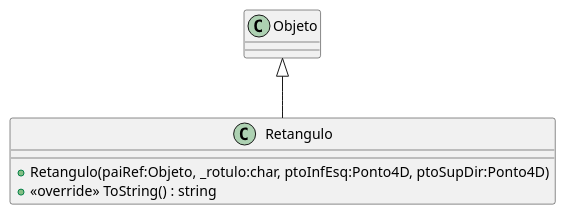
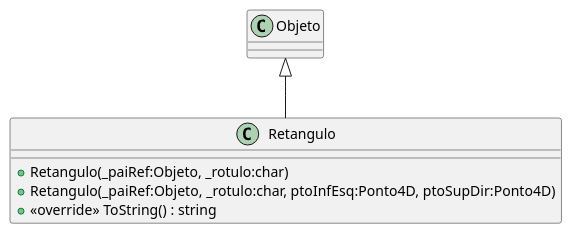
Before and after one commit to dalton-reis/CG_2024_1: the diagram in Unidade2/CG_N2_Exemplo/plantuml/Retangulo.puml, drawn with PlantUML. The commit also changed 42 other files, not shown here.

```diff
--- a/Unidade2/CG_N2_Exemplo/plantuml/Retangulo.puml
+++ b/Unidade2/CG_N2_Exemplo/plantuml/Retangulo.puml
@@ -1,7 +1,8 @@
 @startuml
 class Retangulo {
-    + Retangulo(paiRef:Objeto, _rotulo:char, ptoInfEsq:Ponto4D, ptoSupDir:Ponto4D)
+    + Retangulo(_paiRef:Objeto, _rotulo:char)
+    + Retangulo(_paiRef:Objeto, _rotulo:char, ptoInfEsq:Ponto4D, ptoSupDir:Ponto4D)
     + <<override>> ToString() : string
 }
 Objeto <|-- Retangulo
 @enduml
```
